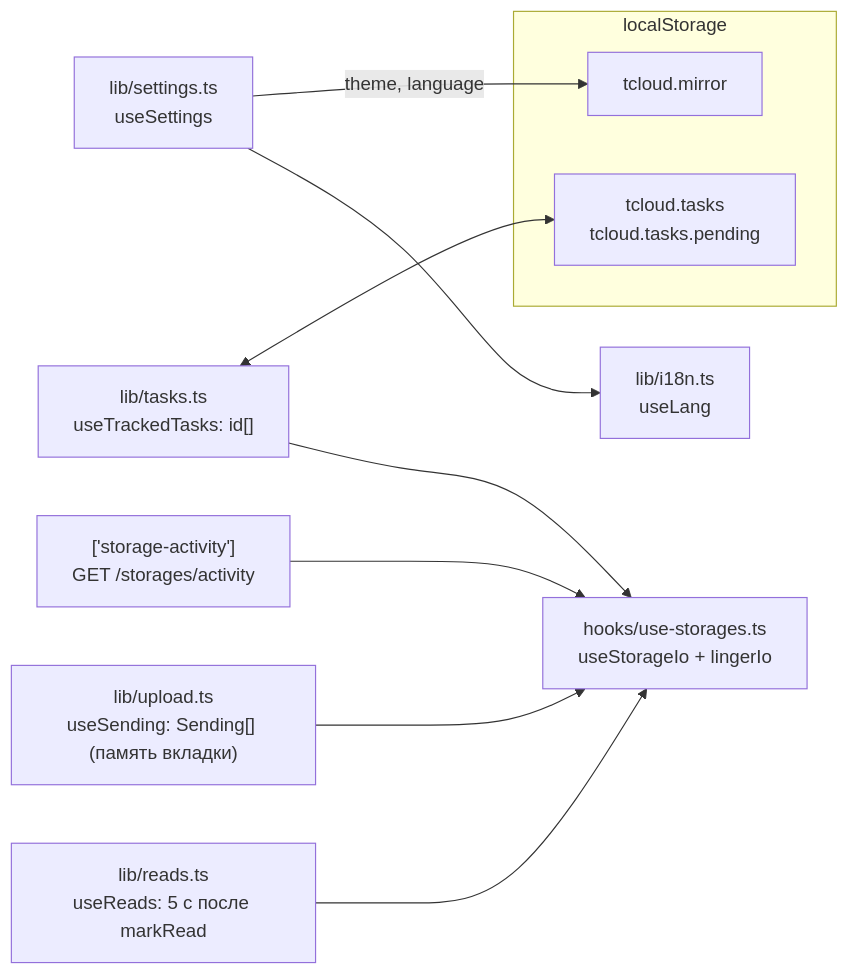
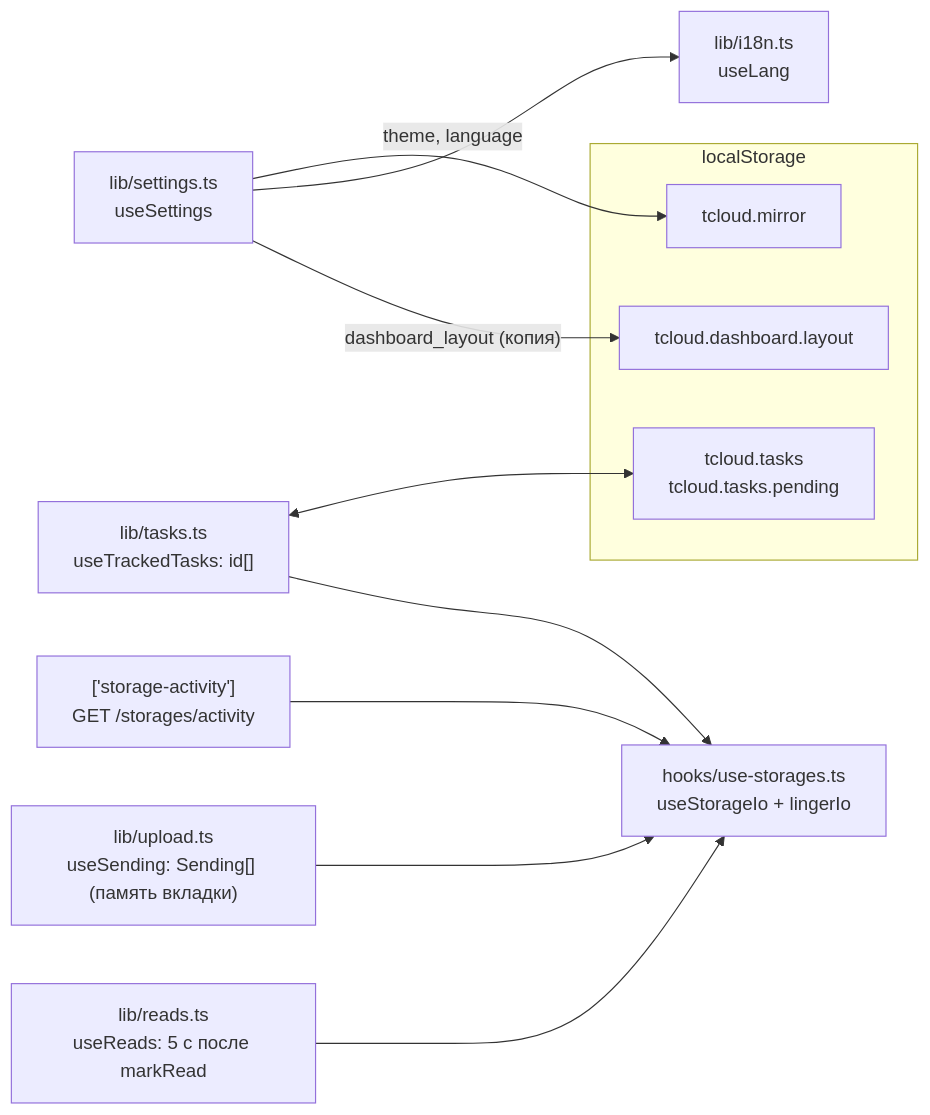
One commit to NikitkaZXC/tcloud-frontend changed the second of 5 diagrams in docs/data-flow.md. Above: the diagram before and after it, drawn with Mermaid. The commit also changed other lines of this file and 8 other files, not shown here.

Commit message:
feat: reorder dashboard blocks by drag and drop or arrow buttons, saved in interface.dashboard_layout

````diff
--- a/docs/data-flow.md
+++ b/docs/data-flow.md
@@ -101,18 +101,20 @@
 ```mermaid
 flowchart LR
     subgraph ls["localStorage"]
         tasksLs["tcloud.tasks<br/>tcloud.tasks.pending"]
         mirror["tcloud.mirror"]
+        layout["tcloud.dashboard.layout"]
     end
     settings["lib/settings.ts<br/>useSettings"] -- "theme, language" --> mirror
     tasks["lib/tasks.ts<br/>useTrackedTasks: id[]"] <--> tasksLs
     sending["lib/upload.ts<br/>useSending: Sending[] (память вкладки)"]
     reads["lib/reads.ts<br/>useReads: 5 с после markRead"]
     lang["lib/i18n.ts<br/>useLang"]
     io["hooks/use-storages.ts<br/>useStorageIo + lingerIo"]
     srvIo["['storage-activity']<br/>GET /storages/activity"] --> io
     sending --> io
     tasks --> io
     reads --> io
     settings --> lang
+    settings -- "dashboard_layout (копия)" --> layout
 ```
````
